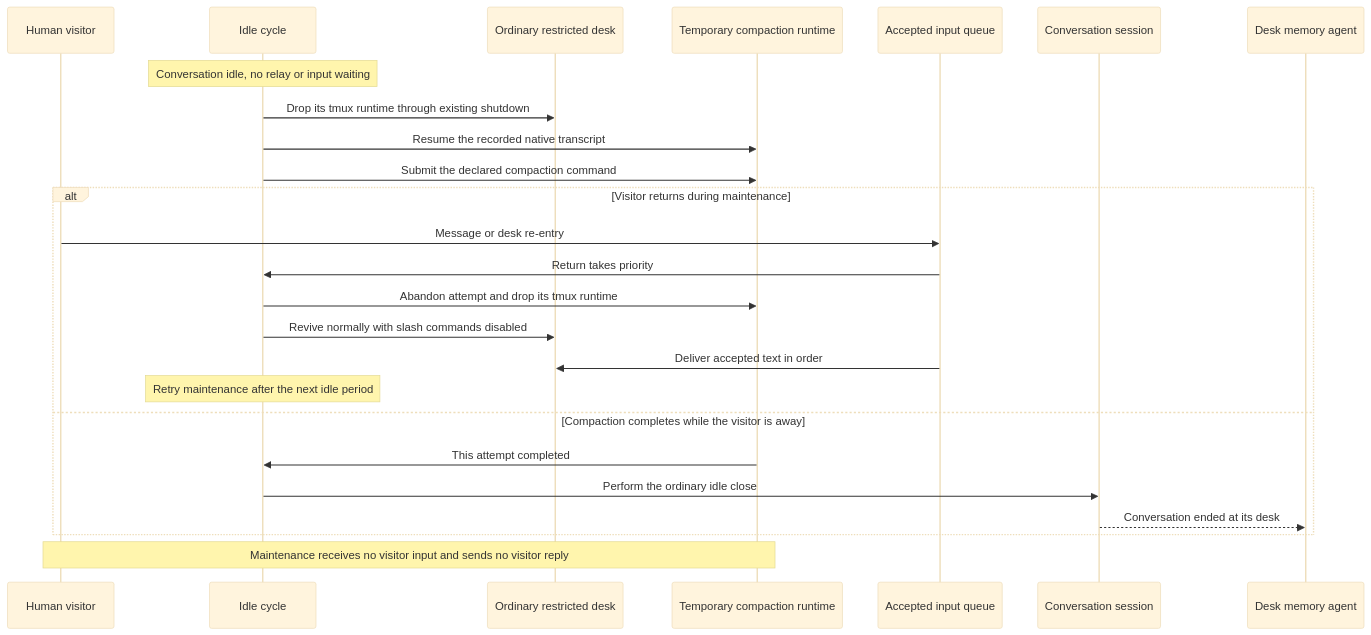
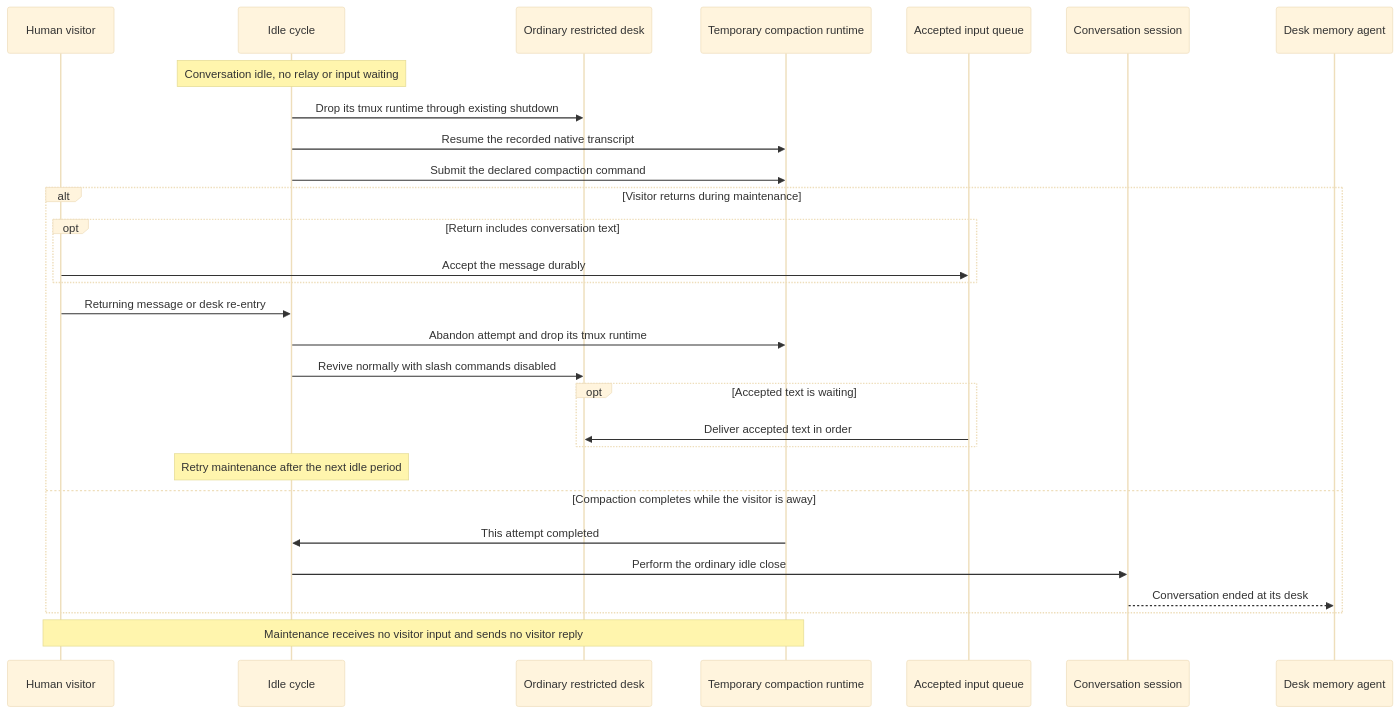
The fourth of 11 diagrams in docs/local/design/architecture/help-desk-platform.md (InstruktAI/TeleClaude), drawn with Mermaid (base theme) before and after one commit. The commit also changed other lines of this file, not shown here.

Commit message:
docs(agent-runtime): distinguish text queue from desk re-entry [skip ci]
🤖 Generated with [TeleClaude](https://github.com/InstruktAI/TeleClaude)

Session: b6895e84-d332-422b-8476-934ab5dd5f8e
Human-Involved: false

````diff
--- a/docs/local/design/architecture/help-desk-platform.md
+++ b/docs/local/design/architecture/help-desk-platform.md
@@ -338,28 +338,32 @@
 ```mermaid
 sequenceDiagram
     participant Visitor as Human visitor
     participant Daemon as Idle cycle
     participant Desk as Ordinary restricted desk
     participant Maintenance as Temporary compaction runtime
     participant Queue as Accepted input queue
     participant DB as Conversation session
     participant Memory as Desk memory agent
 
     Note over Daemon: Conversation idle, no relay or input waiting
     Daemon->>Desk: Drop its tmux runtime through existing shutdown
     Daemon->>Maintenance: Resume the recorded native transcript
     Daemon->>Maintenance: Submit the declared compaction command
     alt Visitor returns during maintenance
-        Visitor->>Queue: Message or desk re-entry
-        Queue->>Daemon: Return takes priority
+        opt Return includes conversation text
+            Visitor->>Queue: Accept the message durably
+        end
+        Visitor->>Daemon: Returning message or desk re-entry
         Daemon->>Maintenance: Abandon attempt and drop its tmux runtime
         Daemon->>Desk: Revive normally with slash commands disabled
-        Queue->>Desk: Deliver accepted text in order
+        opt Accepted text is waiting
+            Queue->>Desk: Deliver accepted text in order
+        end
         Note over Daemon: Retry maintenance after the next idle period
     else Compaction completes while the visitor is away
         Maintenance->>Daemon: This attempt completed
         Daemon->>DB: Perform the ordinary idle close
         DB-->>Memory: Conversation ended at its desk
     end
     Note over Visitor,Maintenance: Maintenance receives no visitor input and sends no visitor reply
 ```
````
